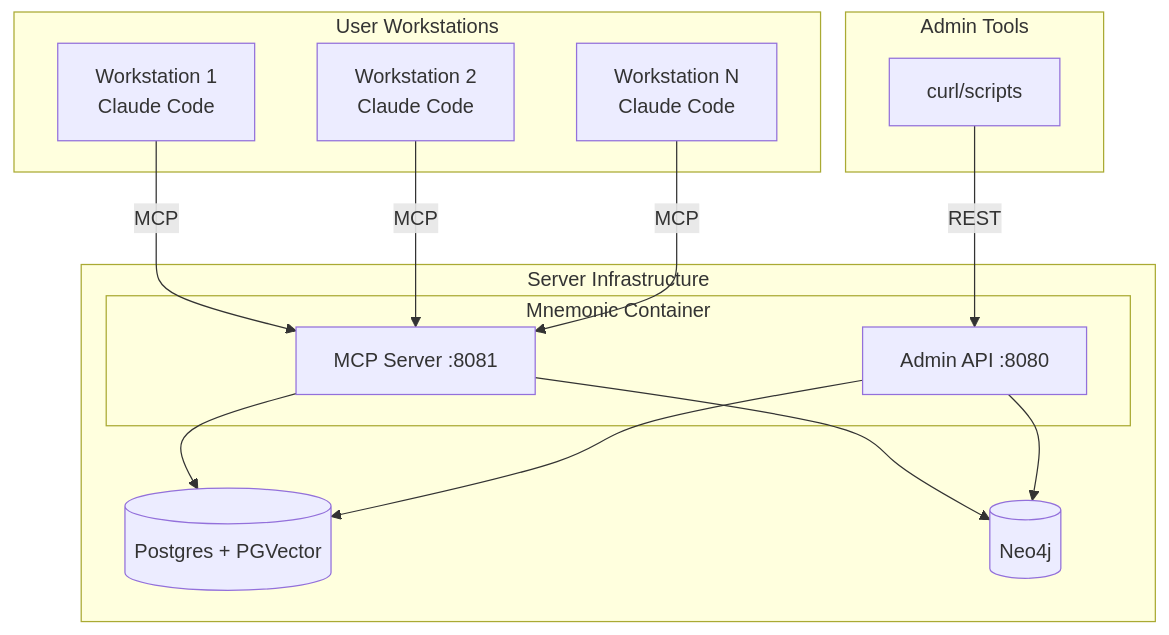
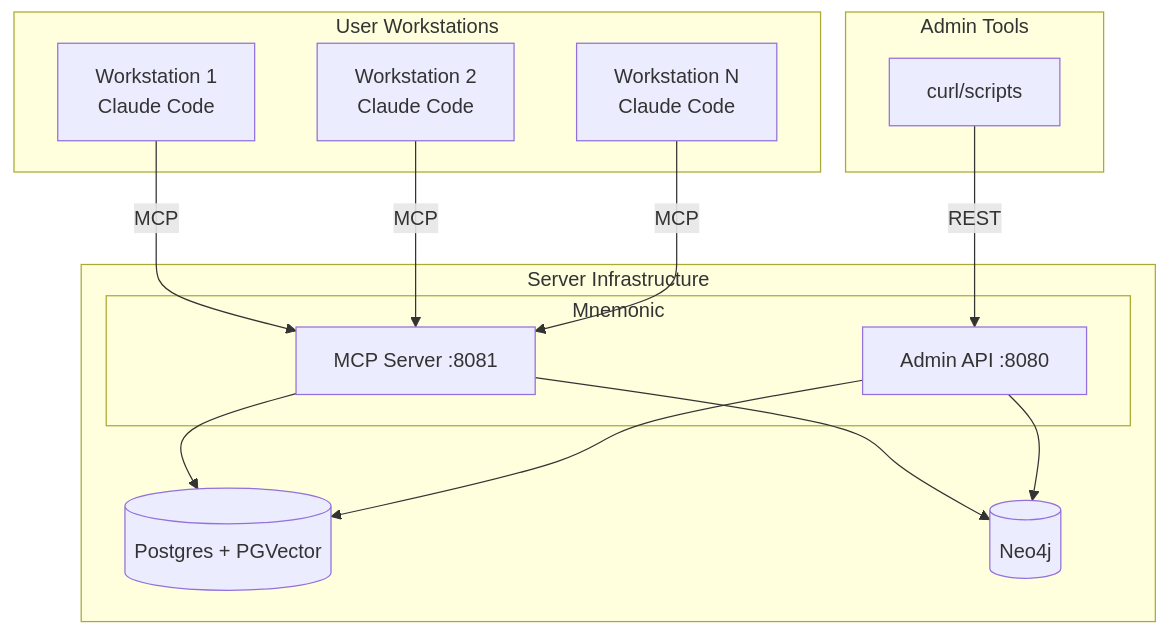
One commit to twistingmercury/mnemonic-mcp changed the first of 8 diagrams in docs/architecture/06-deployment-architecture.md. Above: the diagram before and after it, drawn with Mermaid. The commit also changed other lines of this file and 5 other files, not shown here.

````diff
--- a/docs/architecture/06-deployment-architecture.md
+++ b/docs/architecture/06-deployment-architecture.md
@@ -27,30 +27,30 @@
 ```mermaid
 graph TB
     subgraph "User Workstations"
         WS1[Workstation 1<br/>Claude Code]
         WS2[Workstation 2<br/>Claude Code]
         WS3[Workstation N<br/>Claude Code]
     end
 
     subgraph "Admin Tools"
         ADMIN[curl/scripts]
     end
 
     subgraph "Server Infrastructure"
-        subgraph "Mnemonic Container"
+        subgraph "Mnemonic"
             MCP[MCP Server :8081]
             REST[Admin API :8080]
         end
         PG[(Postgres + PGVector)]
         NEO[(Neo4j)]
     end
 
     WS1 -->|"MCP"| MCP
     WS2 -->|"MCP"| MCP
     WS3 -->|"MCP"| MCP
     ADMIN -->|"REST"| REST
     MCP --> PG
     MCP --> NEO
     REST --> PG
     REST --> NEO
 ```
````
